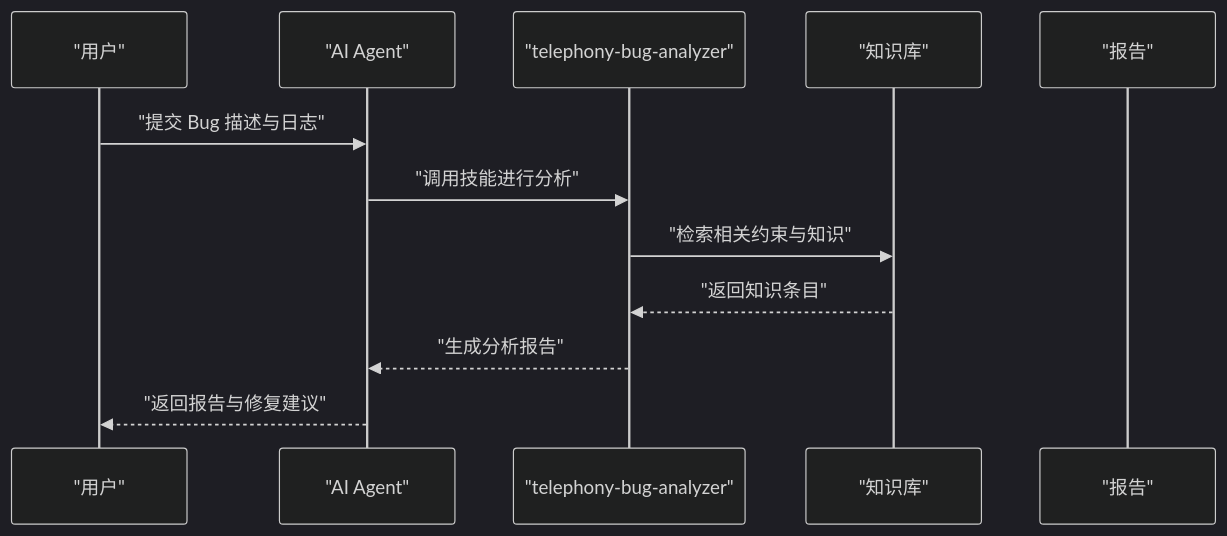
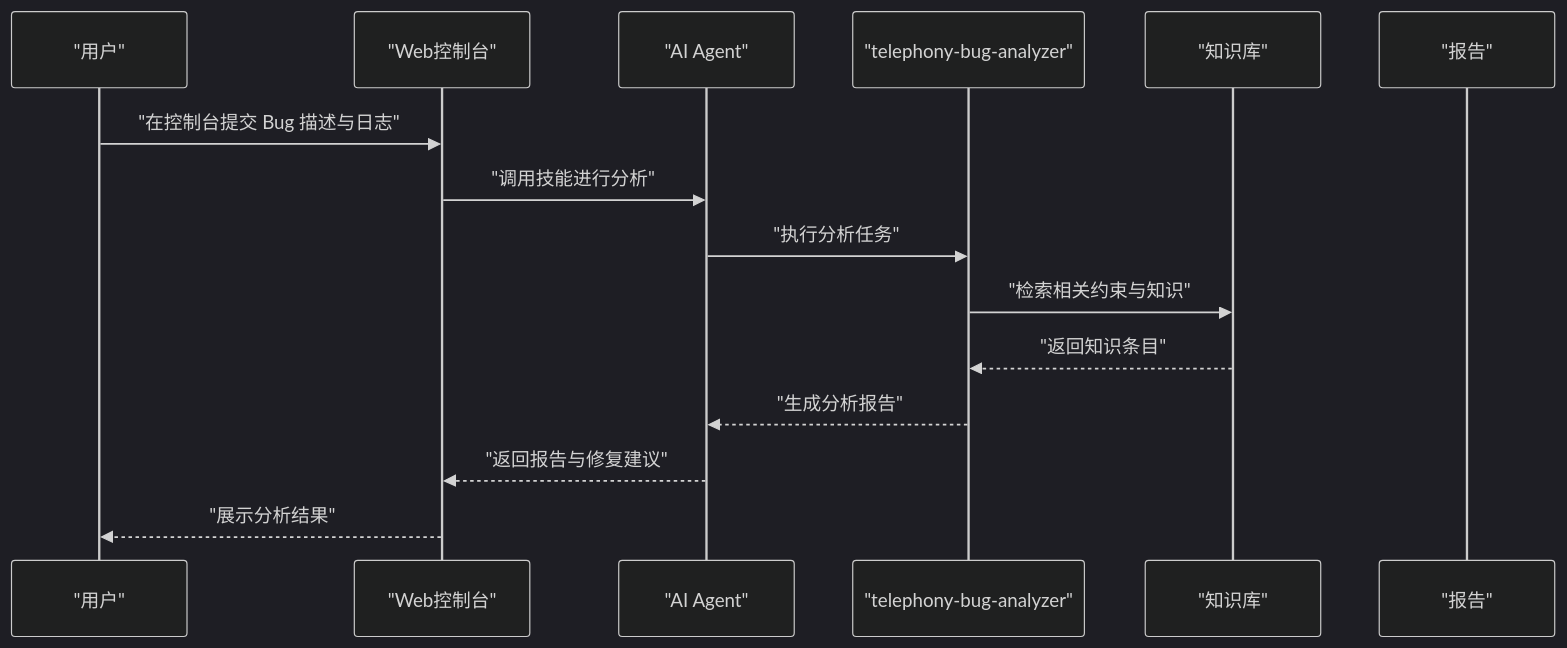
The fifth of 6 diagrams in .qoder/repowiki/zh/content/快速开始.md (afcartevil/automated-test-script), drawn with Mermaid (dark theme) before and after one commit. The commit also changed other lines of this file and 650 other files, not shown here.

````diff
--- a/.qoder/repowiki/zh/content/快速开始.md
+++ b/.qoder/repowiki/zh/content/快速开始.md
@@ -210,14 +276,17 @@
 ```mermaid
 sequenceDiagram
 participant User as "用户"
+participant Console as "Web控制台"
 participant Agent as "AI Agent"
 participant Skill as "telephony-bug-analyzer"
 participant KB as "知识库"
 participant Report as "报告"
-User->>Agent : "提交 Bug 描述与日志"
-Agent->>Skill : "调用技能进行分析"
+User->>Console : "在控制台提交 Bug 描述与日志"
+Console->>Agent : "调用技能进行分析"
+Agent->>Skill : "执行分析任务"
 Skill->>KB : "检索相关约束与知识"
 KB-->>Skill : "返回知识条目"
 Skill-->>Agent : "生成分析报告"
-Agent-->>User : "返回报告与修复建议"
+Agent-->>Console : "返回报告与修复建议"
+Console-->>User : "展示分析结果"
 ```
````
